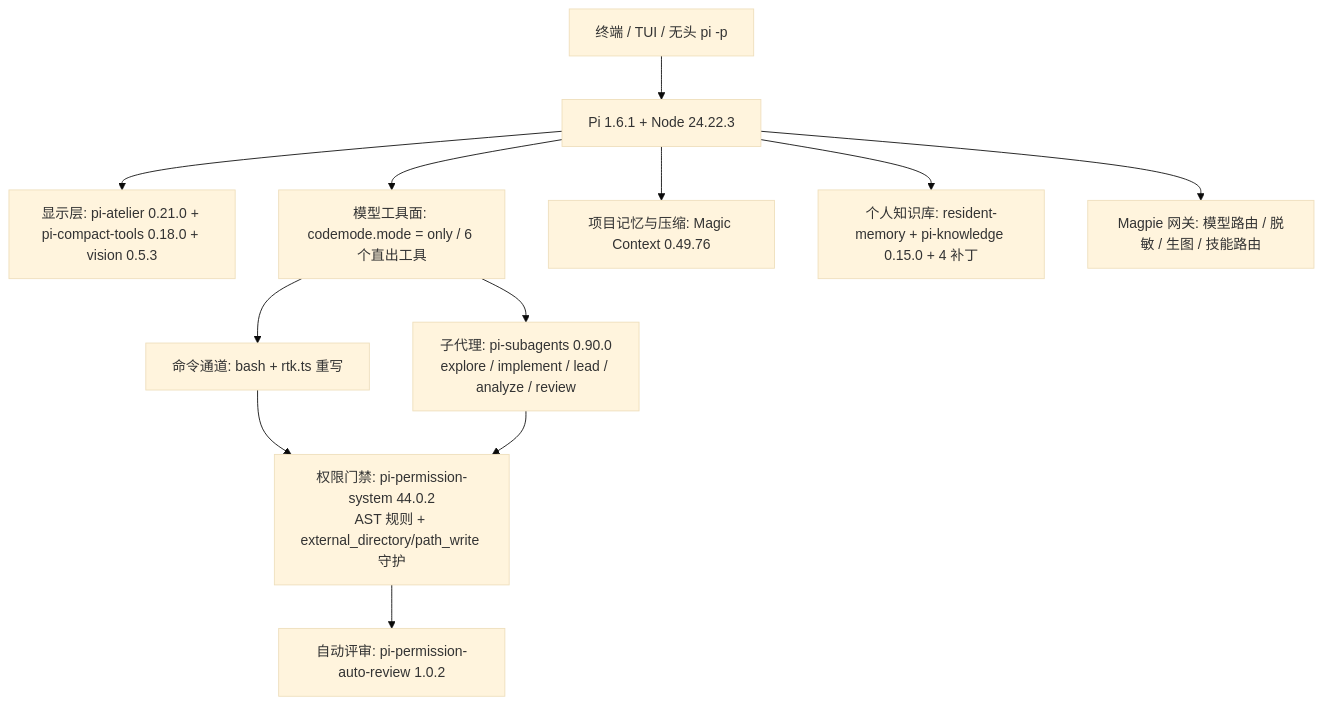
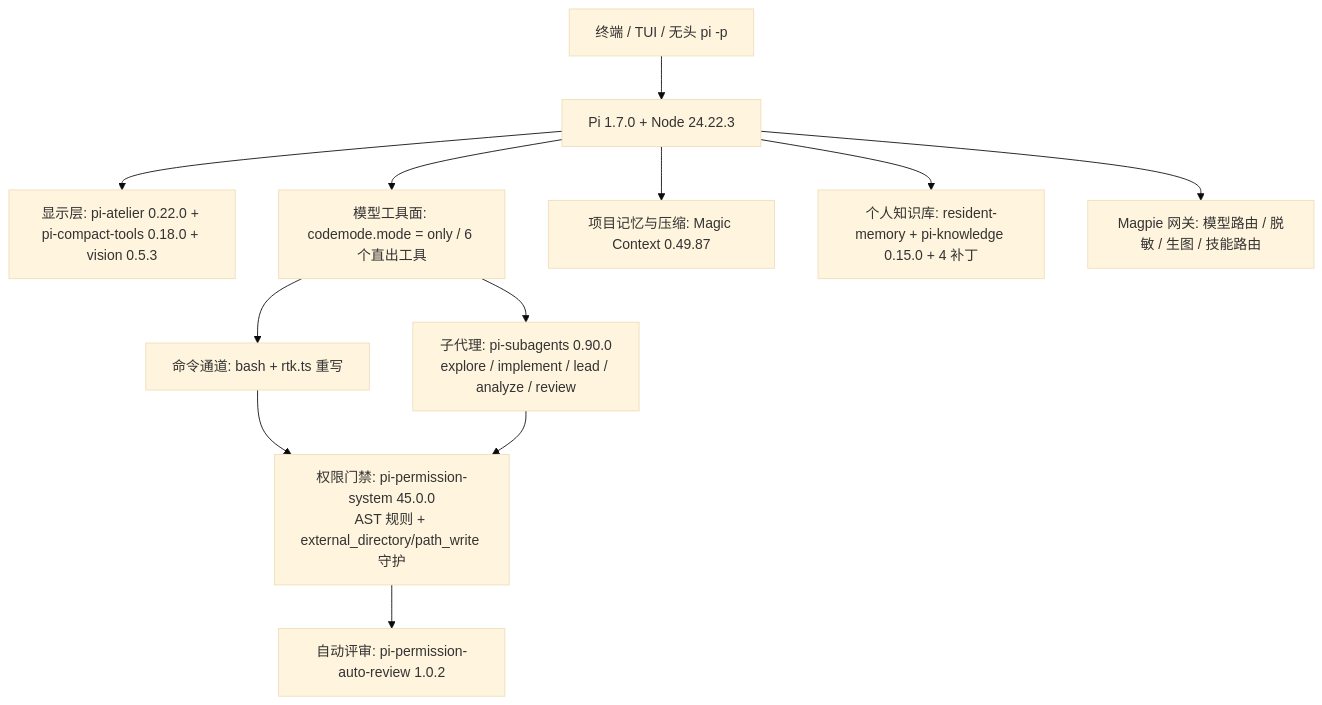
The diagram in README.zh-CN.md (AkiR1n/akis-pi), drawn with Mermaid (base theme) before and after one commit. The commit also changed other lines of this file and 10 other files, not shown here.

````diff
--- a/README.zh-CN.md
+++ b/README.zh-CN.md
@@ -17,13 +17,13 @@
 ```mermaid
 flowchart TD
-    U[终端 / TUI / 无头 pi -p] --> PI[Pi 1.6.1 + Node 24.22.3]
-    PI --> UI[显示层: pi-atelier 0.21.0 + pi-compact-tools 0.18.0 + vision 0.5.3]
+    U[终端 / TUI / 无头 pi -p] --> PI[Pi 1.7.0 + Node 24.22.3]
+    PI --> UI[显示层: pi-atelier 0.22.0 + pi-compact-tools 0.18.0 + vision 0.5.3]
     PI --> CM[模型工具面: codemode.mode = only / 6 个直出工具]
     CM --> SUB[子代理: pi-subagents 0.90.0<br/>explore / implement / lead / analyze / review]
     CM --> SHELL[命令通道: bash + rtk.ts 重写]
-    SHELL & SUB --> PERM[权限门禁: pi-permission-system 44.0.2<br/>AST 规则 + external_directory/path_write 守护]
+    SHELL & SUB --> PERM[权限门禁: pi-permission-system 45.0.0<br/>AST 规则 + external_directory/path_write 守护]
     PERM --> REV[自动评审: pi-permission-auto-review 1.0.2]
-    PI --> MEM1[项目记忆与压缩: Magic Context 0.49.76]
+    PI --> MEM1[项目记忆与压缩: Magic Context 0.49.87]
     PI --> MEM2[个人知识库: resident-memory + pi-knowledge 0.15.0 + 4 补丁]
     PI --> MG[Magpie 网关: 模型路由 / 脱敏 / 生图 / 技能路由]
 ```
````
